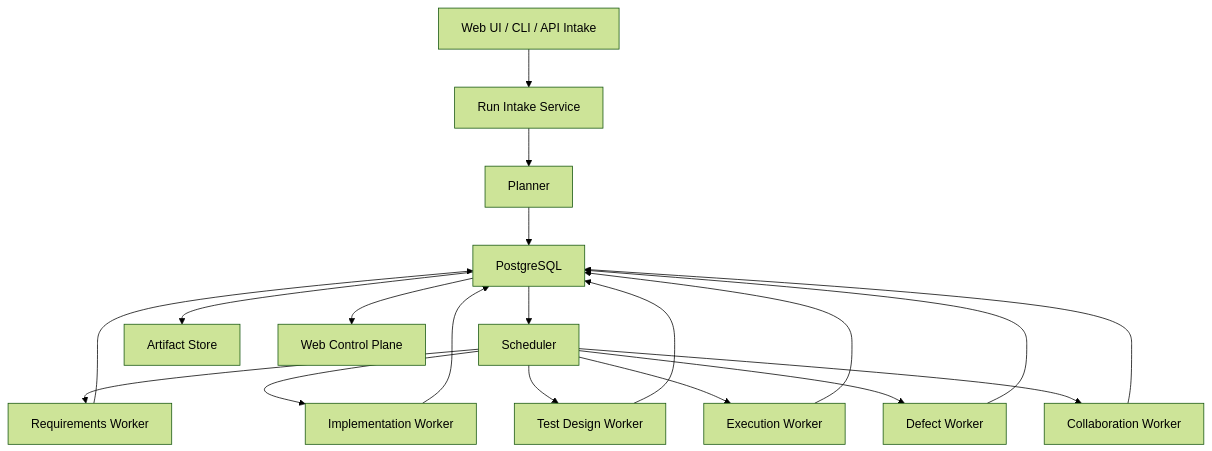
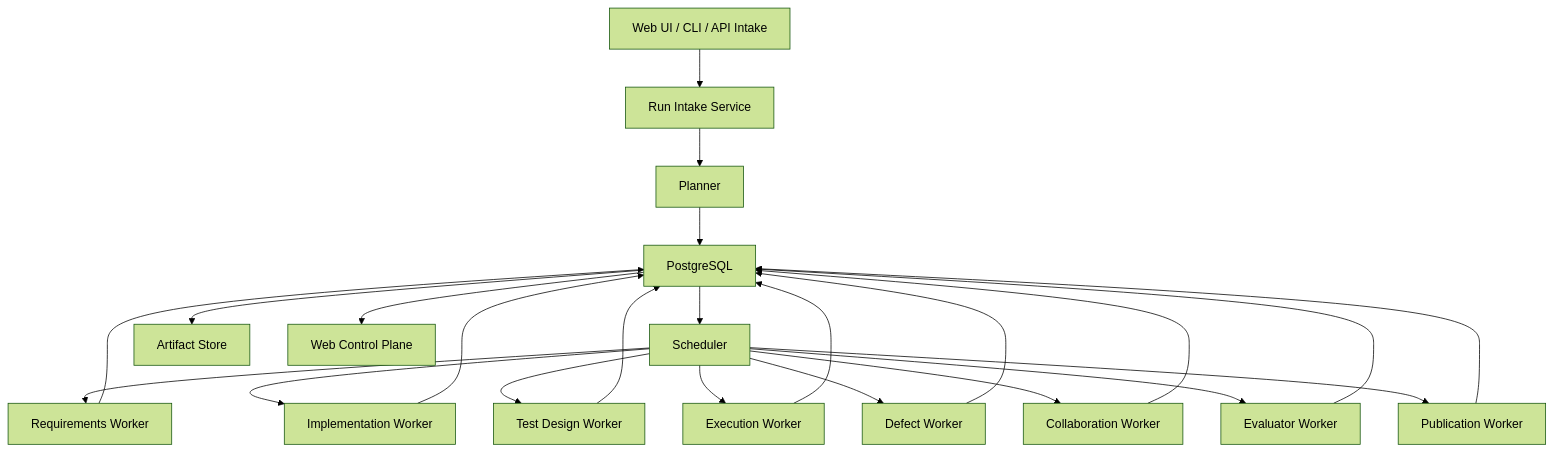
Before and after one commit to cliff-personal/Spec2Flow: the diagram in docs/agent-orchestration-platform-design.md, drawn with Mermaid (forest theme). The commit also changed other lines of this file and 53 other files, not shown here.

````diff
--- a/docs/agent-orchestration-platform-design.md
+++ b/docs/agent-orchestration-platform-design.md
@@ -111,21 +201,25 @@
 ```mermaid
 flowchart TD
     A["Web UI / CLI / API Intake"] --> B["Run Intake Service"]
     B --> C["Planner"]
     C --> D["PostgreSQL"]
     D --> E["Scheduler"]
     E --> F["Requirements Worker"]
     E --> G["Implementation Worker"]
     E --> H["Test Design Worker"]
     E --> I["Execution Worker"]
     E --> J["Defect Worker"]
     E --> K["Collaboration Worker"]
+    E --> N["Evaluator Worker"]
+    E --> O["Publication Worker"]
     F --> D
     G --> D
     H --> D
     I --> D
     J --> D
     K --> D
+    N --> D
+    O --> D
     D --> L["Artifact Store"]
     D --> M["Web Control Plane"]
 ```
````
